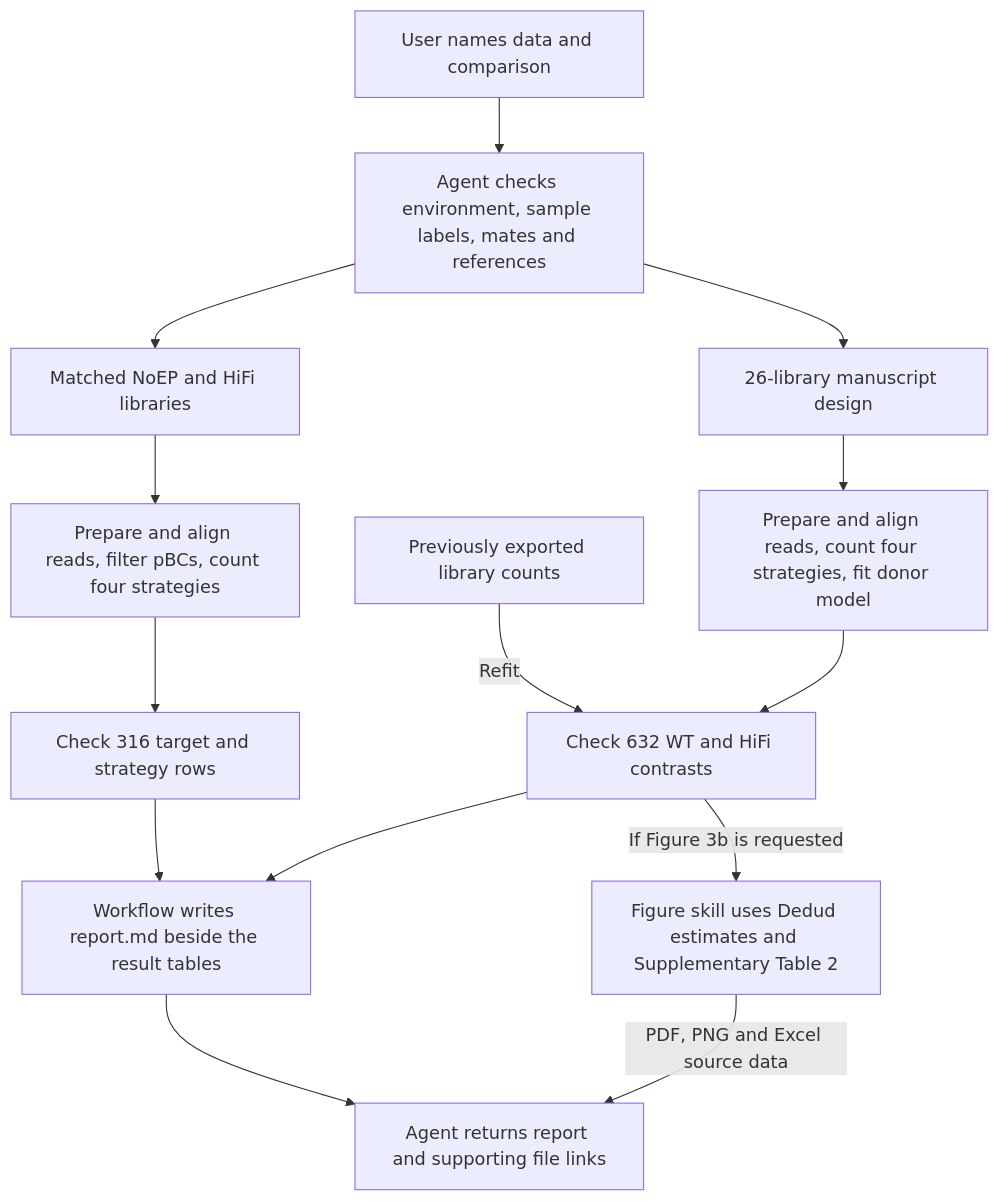
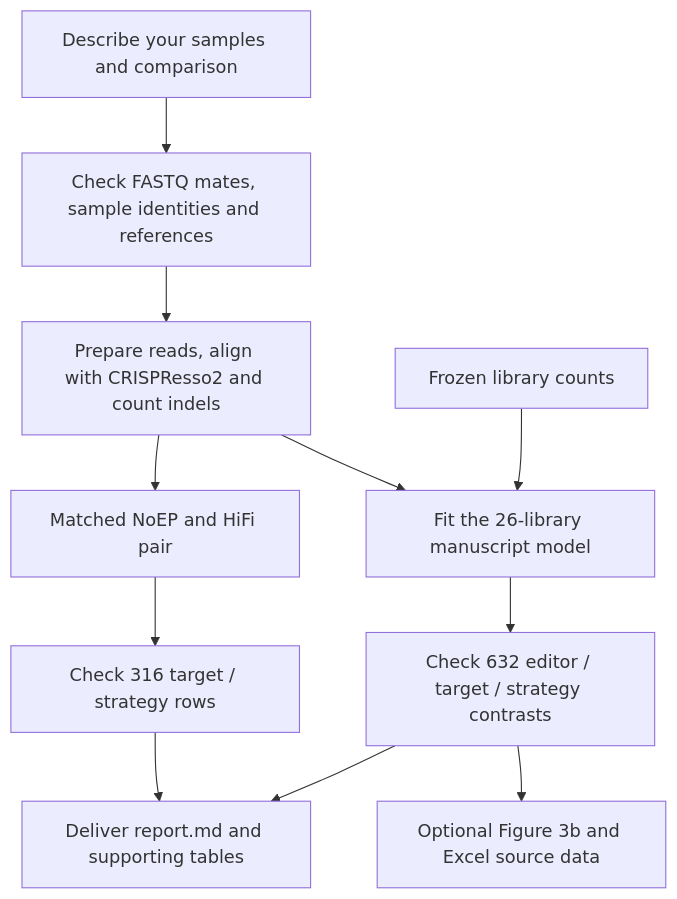
Before and after one commit to JasonLinjc/ABSOLVE-seq-agent: the diagram in README.md, drawn with Mermaid. The commit also changed other lines of this file and 2 other files, not shown here.

````diff
--- a/README.md
+++ b/README.md
@@ -67,16 +73,13 @@
 ```mermaid
 flowchart TD
-    request["User names data and comparison"] --> inputs["Agent checks environment, sample labels, mates and references"]
-    inputs --> pair["Matched NoEP and HiFi libraries"]
-    inputs --> cohort["26-library manuscript design"]
-    pair --> paired["Prepare and align reads, filter pBCs, count four strategies"]
-    cohort --> model["Prepare and align reads, count four strategies, fit donor model"]
-    frozen["Previously exported library counts"] -->|Refit| fitted["Check 632 WT and HiFi contrasts"]
-    model --> fitted
-    paired --> checked["Check 316 target and strategy rows"]
-    checked --> report["Workflow writes report.md beside the result tables"]
-    fitted --> report
-    fitted -->|If Figure 3b is requested| fig["Figure skill uses Dedud estimates and Supplementary Table 2"]
-    report --> deliver["Agent returns report and supporting file links"]
-    fig -->|PDF, PNG and Excel source data| deliver
+    request["Describe your samples and comparison"] --> inputs["Check FASTQ mates, sample identities and references"]
+    inputs --> reads["Prepare reads, align with CRISPResso2 and count indels"]
+    reads --> pair["Matched NoEP and HiFi pair"]
+    reads --> model["Fit the 26-library manuscript model"]
+    frozen["Frozen library counts"] --> model
+    pair --> paired["Check 316 target / strategy rows"]
+    model --> panel["Check 632 editor / target / strategy contrasts"]
+    paired --> report["Deliver report.md and supporting tables"]
+    panel --> report
+    panel --> figure["Optional Figure 3b and Excel source data"]
 ```
````
